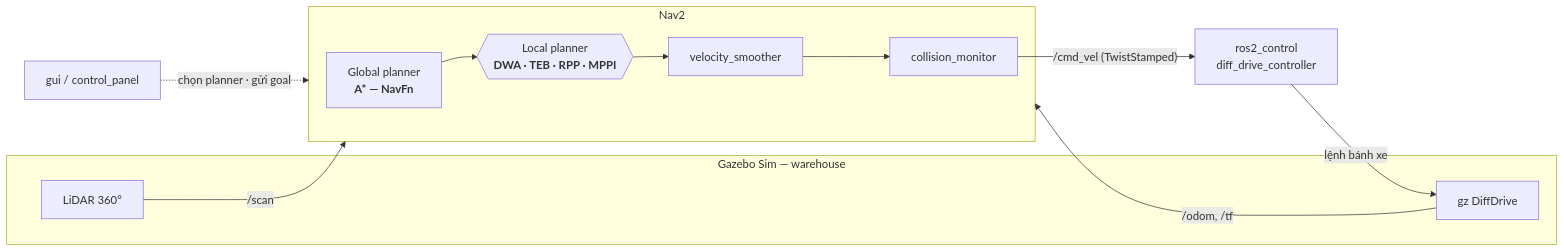
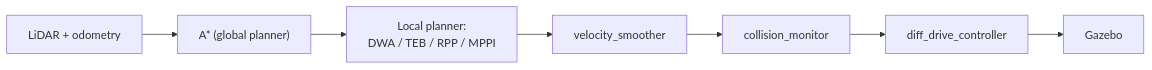
One commit to DangTinhPat/Swarm-robot-typediff changed the diagram in README.md. Above: the diagram before and after it, drawn with Mermaid. The commit also changed other lines of this file, not shown here.

````diff
--- a/README.md
+++ b/README.md
@@ -74,23 +29,6 @@
 ```mermaid
 flowchart LR
-    subgraph GZ["Gazebo Sim — warehouse"]
-        LIDAR["LiDAR 360°"]
-        DDsim["gz DiffDrive"]
-    end
-
-    LIDAR -->|/scan| NAV
-    DDsim -->|/odom, /tf| NAV
-
-    subgraph NAV["Nav2"]
-        GP["Global planner<br/><b>A* — NavFn</b>"]
-        LP{{"Local planner<br/><b>DWA · TEB · RPP · MPPI</b>"}}
-        VS["velocity_smoother"]
-        CM["collision_monitor"]
-        GP --> LP --> VS --> CM
-    end
-
-    CM -->|"/cmd_vel (TwistStamped)"| DDC["ros2_control<br/>diff_drive_controller"]
-    DDC -->|"lệnh bánh xe"| DDsim
-
-    GUI["gui / control_panel"] -.->|"chọn planner · gửi goal"| NAV
+    S["LiDAR + odometry"] --> G["A* (global planner)"]
+    G --> L["Local planner:<br>DWA / TEB / RPP / MPPI"]
+    L --> V["velocity_smoother"] --> C["collision_monitor"] --> D["diff_drive_controller"] --> GZ["Gazebo"]
 ```
````
